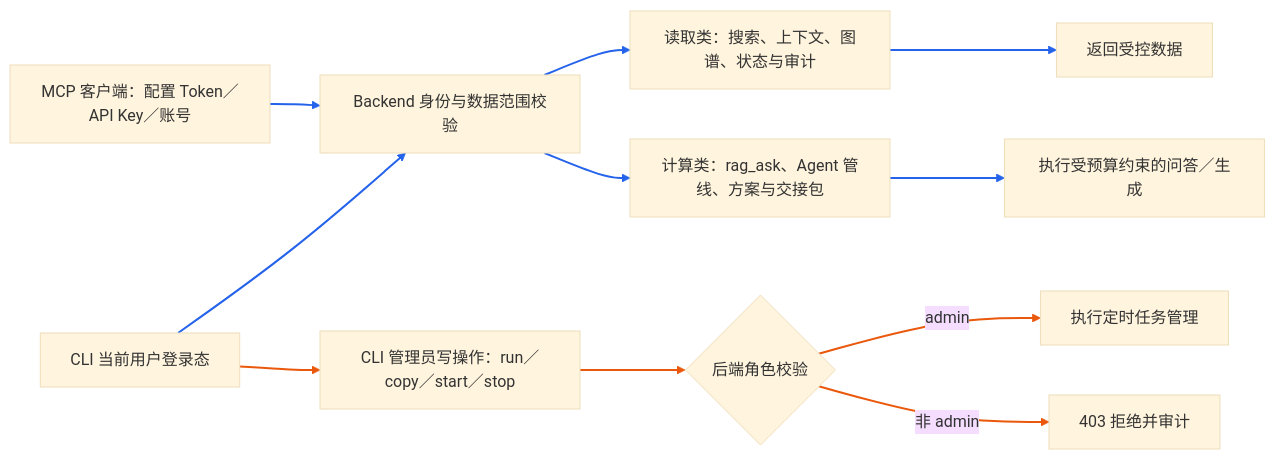
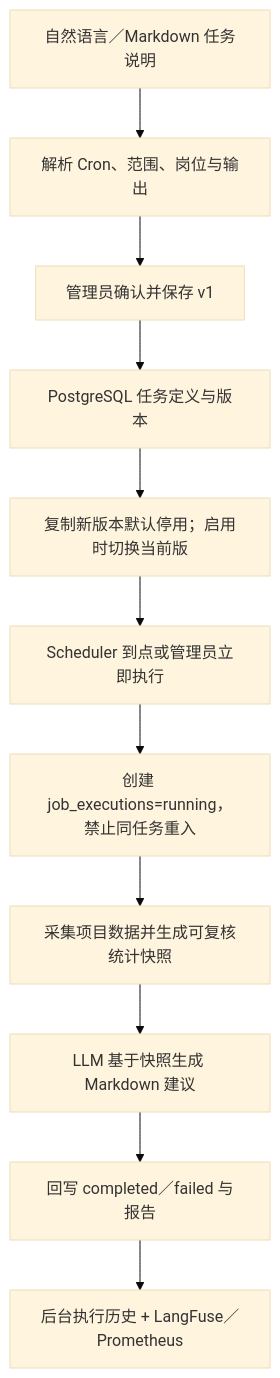
Diagram 13 of 15 in docs/interview/功能步骤流程.md (monstereatai/RAG), drawn with Mermaid (base theme) before and after one commit. The commit also changed other lines of this file and 217 other files, not shown here.

````diff
--- a/docs/interview/功能步骤流程.md
+++ b/docs/interview/功能步骤流程.md
@@ -1189,15 +477,13 @@
 ```mermaid
-flowchart LR
-  A[MCP 客户端：配置 Token／API Key／账号] --> B[Backend 身份与数据范围校验]
-  B --> C[读取类：搜索、上下文、图谱、状态与审计]
-  B --> D[计算类：rag_ask、Agent 管线、方案与交接包]
-  C --> E[返回受控数据]
-  D --> F[执行受预算约束的问答／生成]
-  G[CLI 当前用户登录态] --> B
-  G --> H[CLI 管理员写操作：run／copy／start／stop]
-  H --> I{后端角色校验}
-  I -->|admin| J[执行定时任务管理]
-  I -->|非 admin| K[403 拒绝并审计]
-  linkStyle 0,1,2,3,4,5 stroke:#2563eb,stroke-width:2px
-  linkStyle 6,7,8,9 stroke:#ea580c,stroke-width:2px
+flowchart TB
+  A[自然语言／Markdown 任务说明] --> B[解析 Cron、范围、岗位与输出]
+  B --> C[管理员确认并保存 v1]
+  C --> D[PostgreSQL 任务定义与版本]
+  D --> E[复制新版本默认停用；启用时切换当前版]
+  E --> F[Scheduler 到点或管理员立即执行]
+  F --> G[创建 job_executions=running，禁止同任务重入]
+  G --> H[采集项目数据并生成可复核统计快照]
+  H --> I[LLM 基于快照生成 Markdown 建议]
+  I --> J[回写 completed／failed 与报告]
+  J --> K[后台执行历史 + LangFuse／Prometheus]
 ```
````
